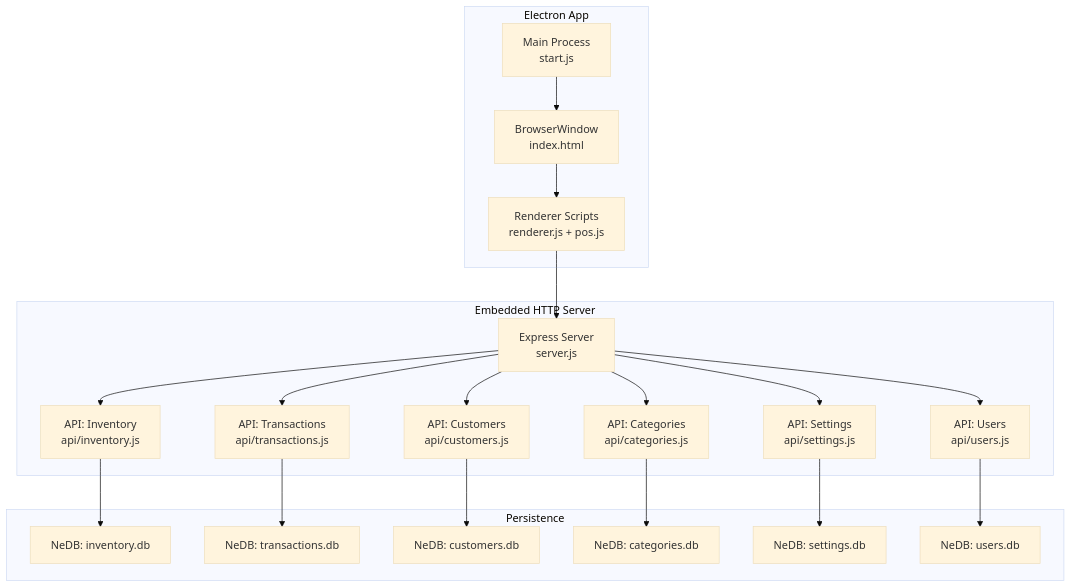
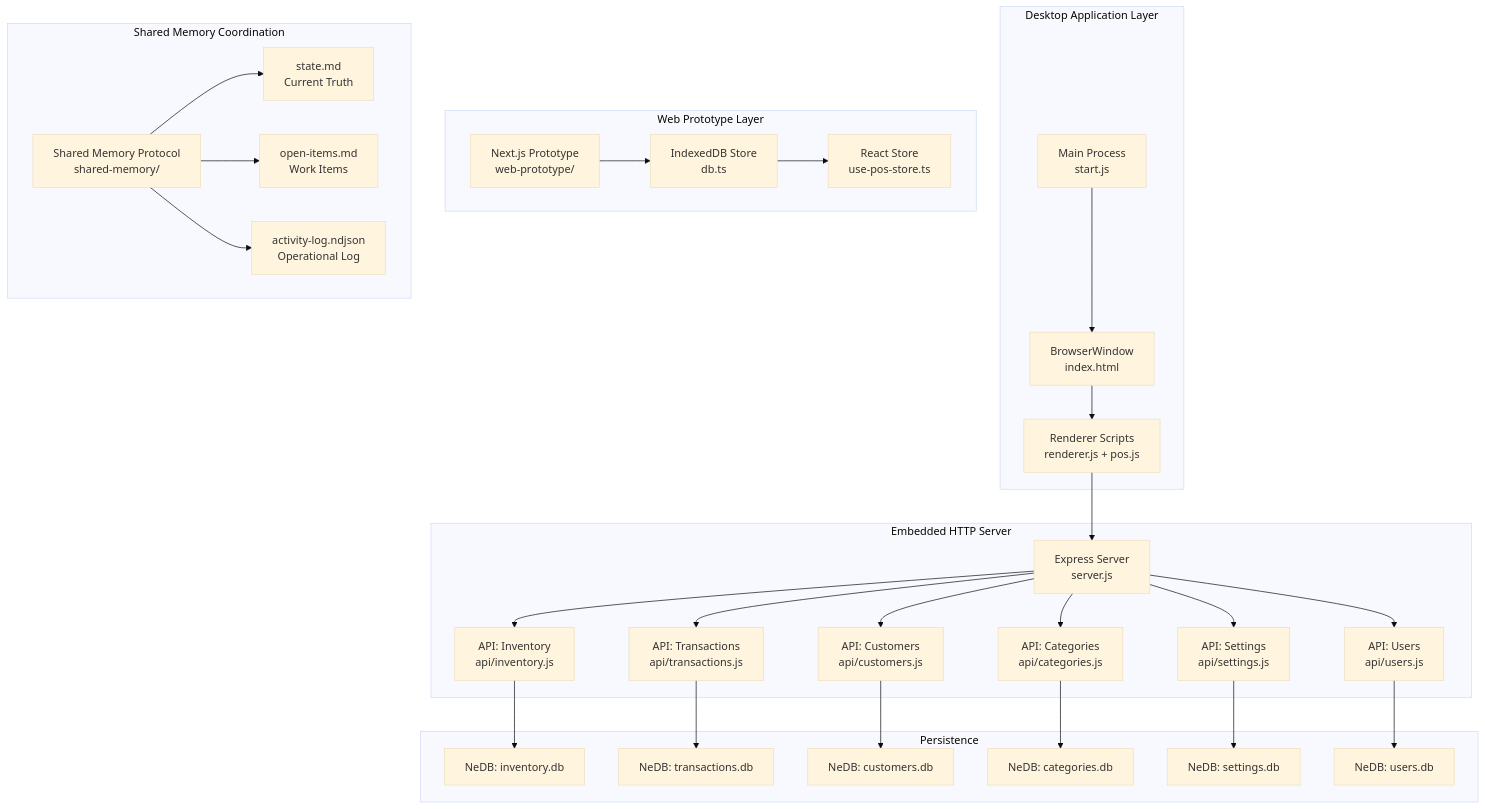
One commit to yosefdc7/PharmaPOS changed the first of 11 diagrams in .qoder/repowiki/en/content/Architecture Overview/Architecture Overview.md. Above: the diagram before and after it, drawn with Mermaid (base theme). The commit also changed other lines of this file and 28 other files, not shown here.

````diff
--- a/.qoder/repowiki/en/content/Architecture Overview/Architecture Overview.md
+++ b/.qoder/repowiki/en/content/Architecture Overview/Architecture Overview.md
@@ -44,40 +61,56 @@
 ```mermaid
 graph TB
-subgraph "Electron App"
+subgraph "Desktop Application Layer"
 MP["Main Process<br/>start.js"]
 BW["BrowserWindow<br/>index.html"]
 RDR["Renderer Scripts<br/>renderer.js + pos.js"]
 end
 subgraph "Embedded HTTP Server"
 S["Express Server<br/>server.js"]
 INV["API: Inventory<br/>api/inventory.js"]
 TRX["API: Transactions<br/>api/transactions.js"]
 CUS["API: Customers<br/>api/customers.js"]
 CAT["API: Categories<br/>api/categories.js"]
 SET["API: Settings<br/>api/settings.js"]
 USR["API: Users<br/>api/users.js"]
+end
+subgraph "Web Prototype Layer"
+WP["Next.js Prototype<br/>web-prototype/"]
+DB["IndexedDB Store<br/>db.ts"]
+STORE["React Store<br/>use-pos-store.ts"]
+end
+subgraph "Shared Memory Coordination"
+SM["Shared Memory Protocol<br/>shared-memory/"]
+STATE["state.md<br/>Current Truth"]
+OPEN["open-items.md<br/>Work Items"]
+ACTIVITY["activity-log.ndjson<br/>Operational Log"]
 end
 subgraph "Persistence"
 NEDB_INV["NeDB: inventory.db"]
 NEDB_TRX["NeDB: transactions.db"]
 NEDB_CUS["NeDB: customers.db"]
 NEDB_CAT["NeDB: categories.db"]
 NEDB_SET["NeDB: settings.db"]
 NEDB_USR["NeDB: users.db"]
 end
 MP --> BW
 BW --> RDR
 RDR --> S
 S --> INV
 S --> TRX
 S --> CUS
 S --> CAT
 S --> SET
 S --> USR
 INV --> NEDB_INV
 TRX --> NEDB_TRX
 CUS --> NEDB_CUS
 CAT --> NEDB_CAT
 SET --> NEDB_SET
 USR --> NEDB_USR
+WP --> DB
+DB --> STORE
+SM --> STATE
+SM --> OPEN
+SM --> ACTIVITY
 ```
````
